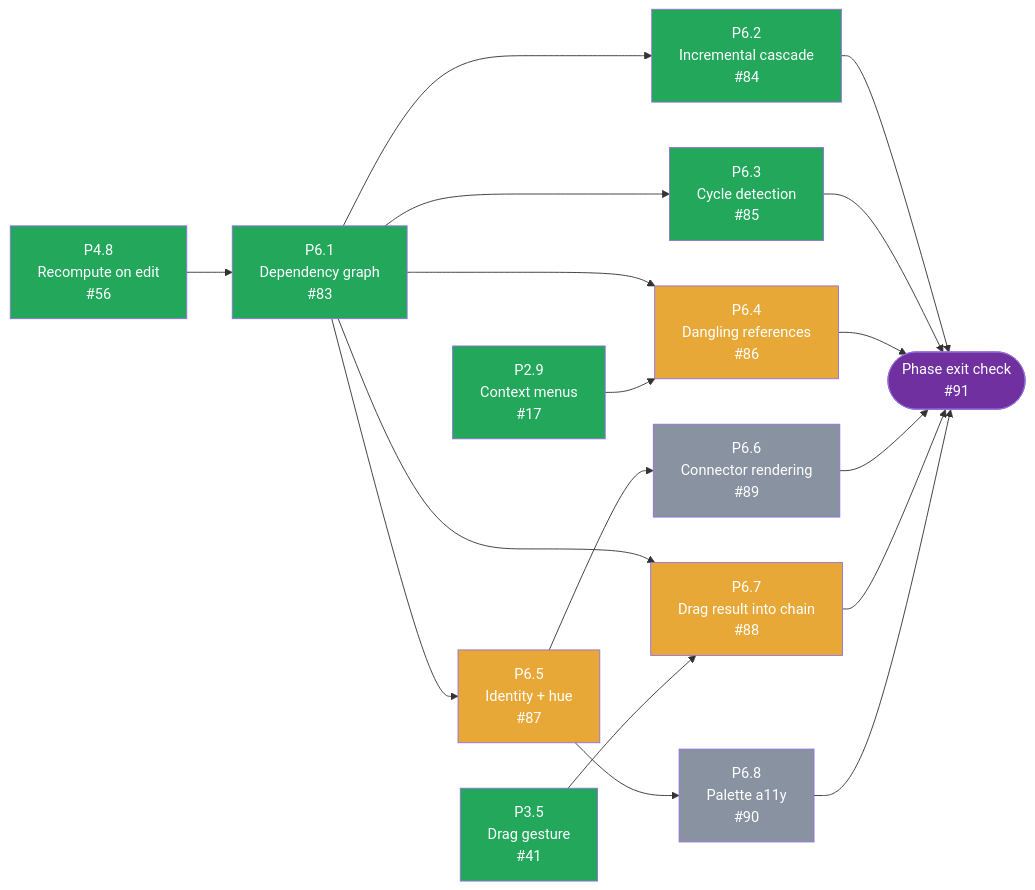
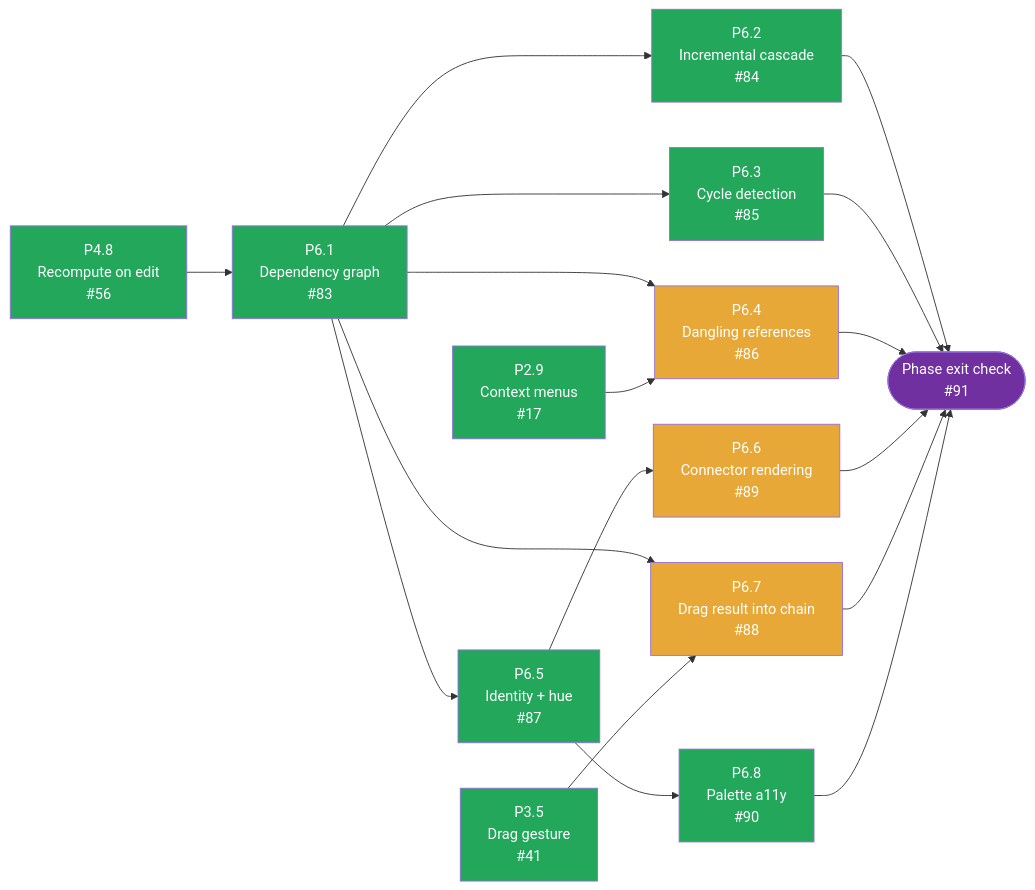
The fifth of 5 diagrams in docs/DEVELOPMENT_PLAN.md (tousifosman/CalcMind), drawn with Mermaid before and after one commit. The commit also changed other lines of this file and 20 other files, not shown here.

````diff
--- a/docs/DEVELOPMENT_PLAN.md
+++ b/docs/DEVELOPMENT_PLAN.md
@@ -919,47 +919,47 @@
 ```mermaid
 flowchart LR
     P48["P4.8<br/>Recompute on edit<br/>#56"]
     P29["P2.9<br/>Context menus<br/>#17"]
     P35["P3.5<br/>Drag gesture<br/>#41"]
     P61["P6.1<br/>Dependency graph<br/>#83"]
     P62["P6.2<br/>Incremental cascade<br/>#84"]
     P63["P6.3<br/>Cycle detection<br/>#85"]
     P64["P6.4<br/>Dangling references<br/>#86"]
     P65["P6.5<br/>Identity + hue<br/>#87"]
     P66["P6.6<br/>Connector rendering<br/>#89"]
     P67["P6.7<br/>Drag result into chain<br/>#88"]
     P68["P6.8<br/>Palette a11y<br/>#90"]
     EXIT(["Phase exit check<br/>#91"])
 
     P48 --> P61
     P61 --> P62
     P61 --> P63
     P61 --> P64
     P29 --> P64
     P61 --> P65
     P65 --> P66
     P61 --> P67
     P35 --> P67
     P65 --> P68
 
     P62 --> EXIT
     P63 --> EXIT
     P64 --> EXIT
     P66 --> EXIT
     P67 --> EXIT
     P68 --> EXIT
 
     style P48 fill:#22A75B,color:#fff
     style P29 fill:#22A75B,color:#fff
     style P35 fill:#22A75B,color:#fff
     style P61 fill:#22A75B,color:#fff
     style P62 fill:#22A75B,color:#fff
     style P63 fill:#22A75B,color:#fff
 
     style P64 fill:#E8A838,color:#fff
-    style P65 fill:#E8A838,color:#fff
-    style P66 fill:#8892A0,color:#fff
+    style P65 fill:#22A75B,color:#fff
+    style P66 fill:#E8A838,color:#fff
     style P67 fill:#E8A838,color:#fff
-    style P68 fill:#8892A0,color:#fff
+    style P68 fill:#22A75B,color:#fff
     style EXIT fill:#7030A0,color:#fff
 ```
````
